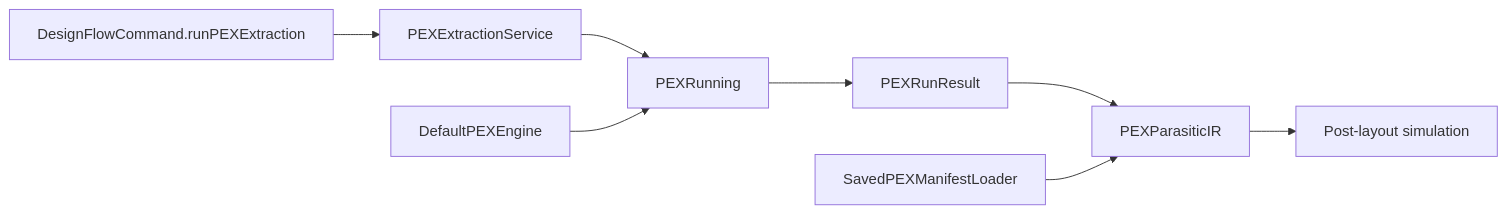
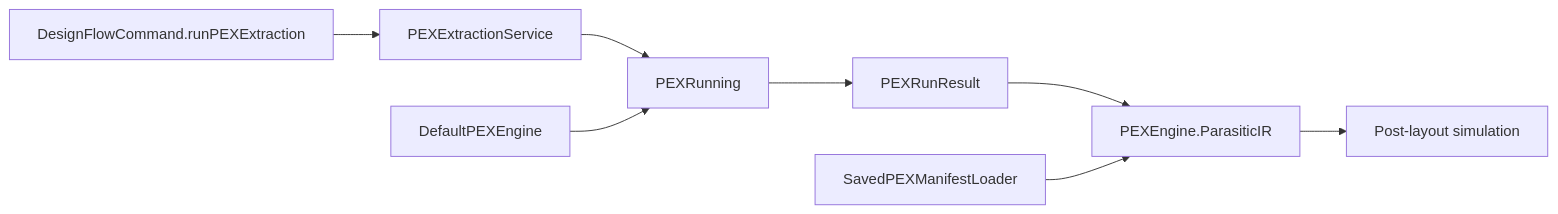
Before and after one commit to 1amageek/circuit-studio: the diagram in docs/pex-backends.md, drawn with Mermaid. The commit also changed other lines of this file and 113 other files, not shown here.

Commit message:
Unify circuit studio with canonical engine contracts

````diff
--- a/docs/pex-backends.md
+++ b/docs/pex-backends.md
@@ -7,16 +7,16 @@
 ```mermaid
 flowchart LR
   Command["DesignFlowCommand.runPEXExtraction"]
   Service["PEXExtractionService"]
   Protocol["PEXRunning"]
   Engine["DefaultPEXEngine"]
   Result["PEXRunResult"]
-  StudioIR["PEXParasiticIR"]
+  CanonicalIR["PEXEngine.ParasiticIR"]
   Post["Post-layout simulation"]
   Saved["SavedPEXManifestLoader"]
 
   Command --> Service --> Protocol
   Engine --> Protocol
-  Protocol --> Result --> StudioIR --> Post
-  Saved --> StudioIR
+  Protocol --> Result --> CanonicalIR --> Post
+  Saved --> CanonicalIR
 ```
````
